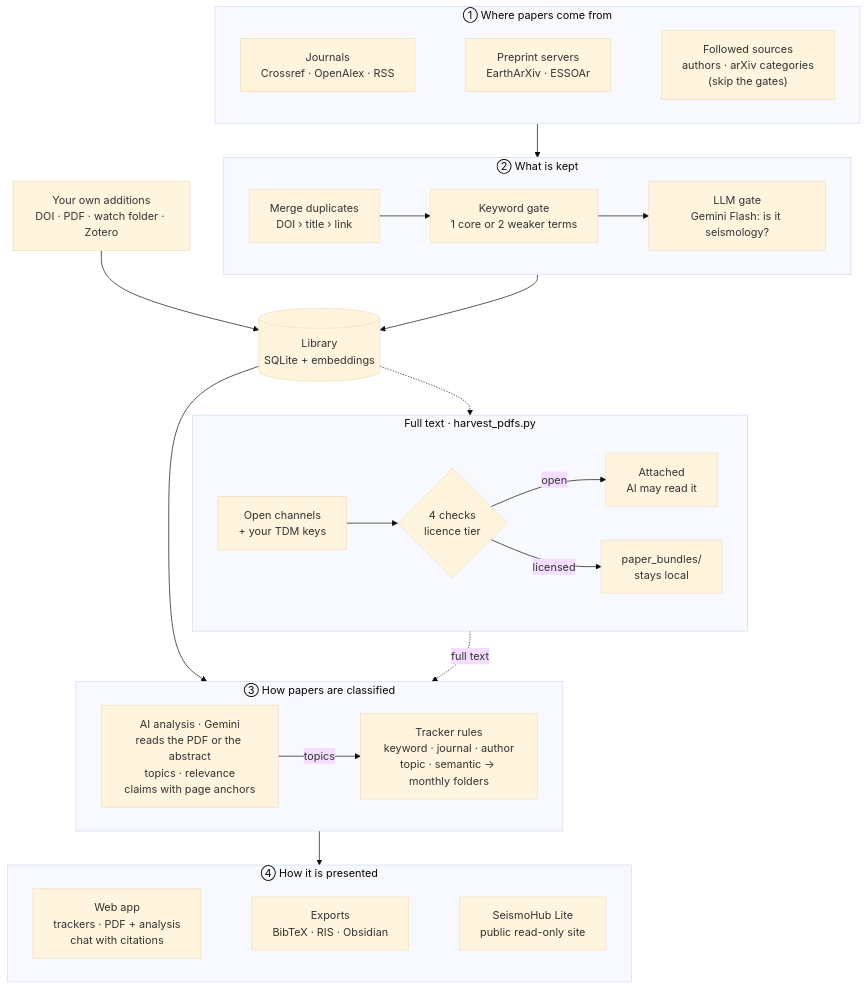
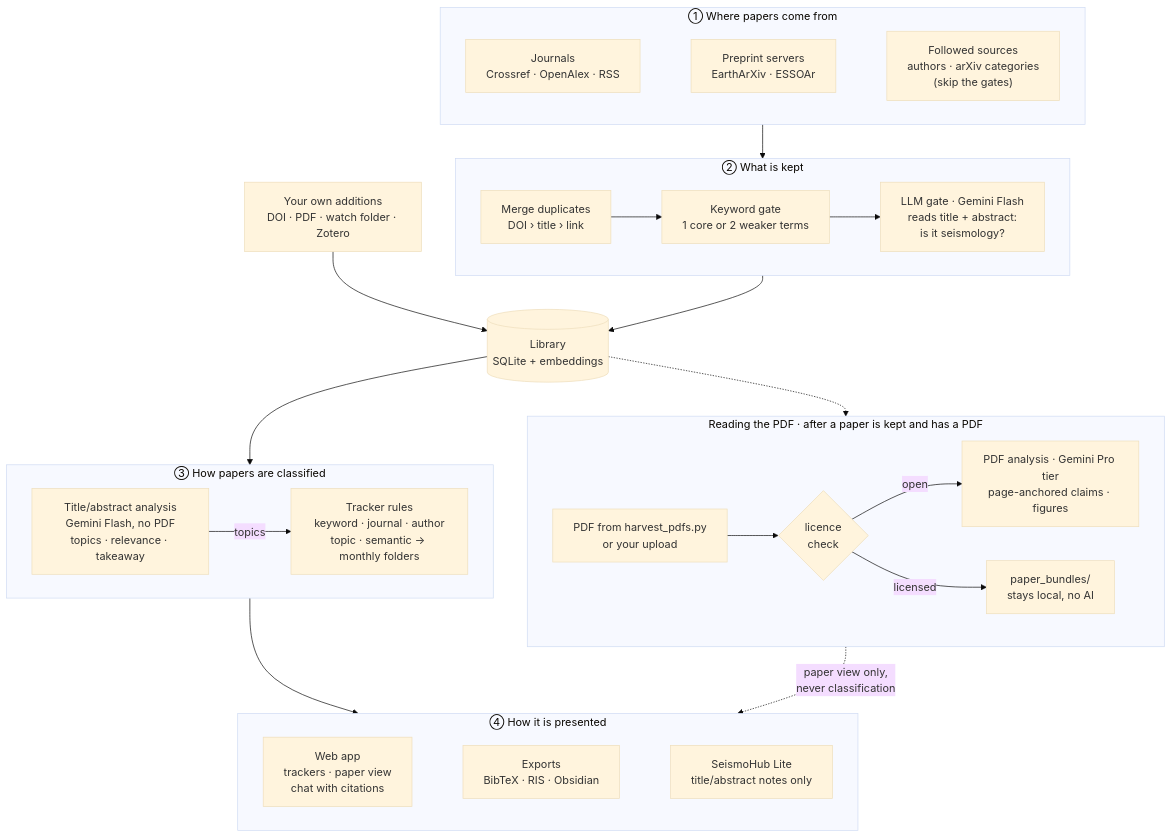
One commit to WANGYuhan2002/seismohub changed the first of 2 diagrams in README.md. Above: the diagram before and after it, drawn with Mermaid (base theme). The commit also changed other lines of this file and 11 other files, not shown here.

First line of the commit message:
Classify from title and abstract only; PDF analysis becomes a display layer

````diff
--- a/README.md
+++ b/README.md
@@ -20,40 +21,40 @@
 ```mermaid
 flowchart TB
     subgraph SRC["① Where papers come from"]
         direction LR
         J["Journals<br/>Crossref · OpenAlex · RSS"]
         PP["Preprint servers<br/>EarthArXiv · ESSOAr"]
         FO["Followed sources<br/>authors · arXiv categories<br/>(skip the gates)"]
         J ~~~ PP ~~~ FO
     end
     subgraph KEEP["② What is kept"]
         direction LR
-        DD["Merge duplicates<br/>DOI › title › link"] --> KG["Keyword gate<br/>1 core or 2 weaker terms"] --> LG["LLM gate<br/>Gemini Flash: is it seismology?"]
+        DD["Merge duplicates<br/>DOI › title › link"] --> KG["Keyword gate<br/>1 core or 2 weaker terms"] --> LG["LLM gate · Gemini Flash<br/>reads title + abstract:<br/>is it seismology?"]
     end
     ME["Your own additions<br/>DOI · PDF · watch folder · Zotero"]
     DB[("Library<br/>SQLite + embeddings")]
     subgraph CLS["③ How papers are classified"]
         direction LR
-        AI["AI analysis · Gemini<br/>reads the PDF or the abstract<br/>topics · relevance<br/>claims with page anchors"]
+        AI["Title/abstract analysis<br/>Gemini Flash, no PDF<br/>topics · relevance · takeaway"]
         TR["Tracker rules<br/>keyword · journal · author<br/>topic · semantic → monthly folders"]
         AI -->|topics| TR
     end
+    subgraph DEEP["Reading the PDF · after a paper is kept and has a PDF"]
+        direction LR
+        HV["PDF from harvest_pdfs.py<br/>or your upload"] --> CK{"licence<br/>check"}
+        CK -->|open| PA["PDF analysis · Gemini Pro tier<br/>page-anchored claims · figures"]
+        CK -->|licensed| BND["paper_bundles/<br/>stays local, no AI"]
+    end
     subgraph OUT["④ How it is presented"]
         direction LR
-        APP["Web app<br/>trackers · PDF + analysis<br/>chat with citations"]
+        APP["Web app<br/>trackers · paper view<br/>chat with citations"]
         EXP["Exports<br/>BibTeX · RIS · Obsidian"]
-        LITE["SeismoHub Lite<br/>public read-only site"]
+        LITE["SeismoHub Lite<br/>title/abstract notes only"]
         APP ~~~ EXP ~~~ LITE
-    end
-    subgraph FT["Full text · harvest_pdfs.py"]
-        direction LR
-        HV["Open channels<br/>+ your TDM keys"] --> CK{"4 checks<br/>licence tier"}
-        CK -->|open| ATT["Attached<br/>AI may read it"]
-        CK -->|licensed| BND["paper_bundles/<br/>stays local"]
     end
     SRC --> KEEP --> DB
     ME --> DB
     DB --> CLS --> OUT
-    DB -.-> FT
-    FT -.->|full text| CLS
+    DB -.-> DEEP
+    DEEP -.->|"paper view only,<br/>never classification"| OUT
 ```
````
